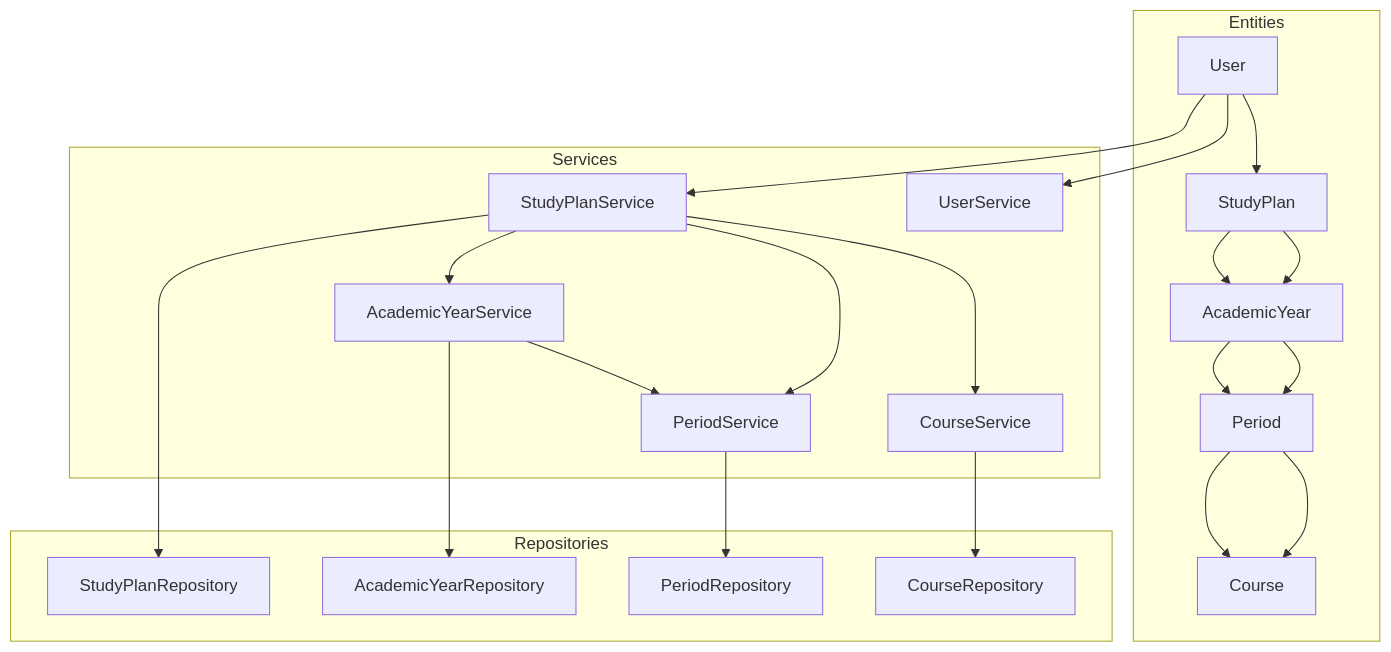
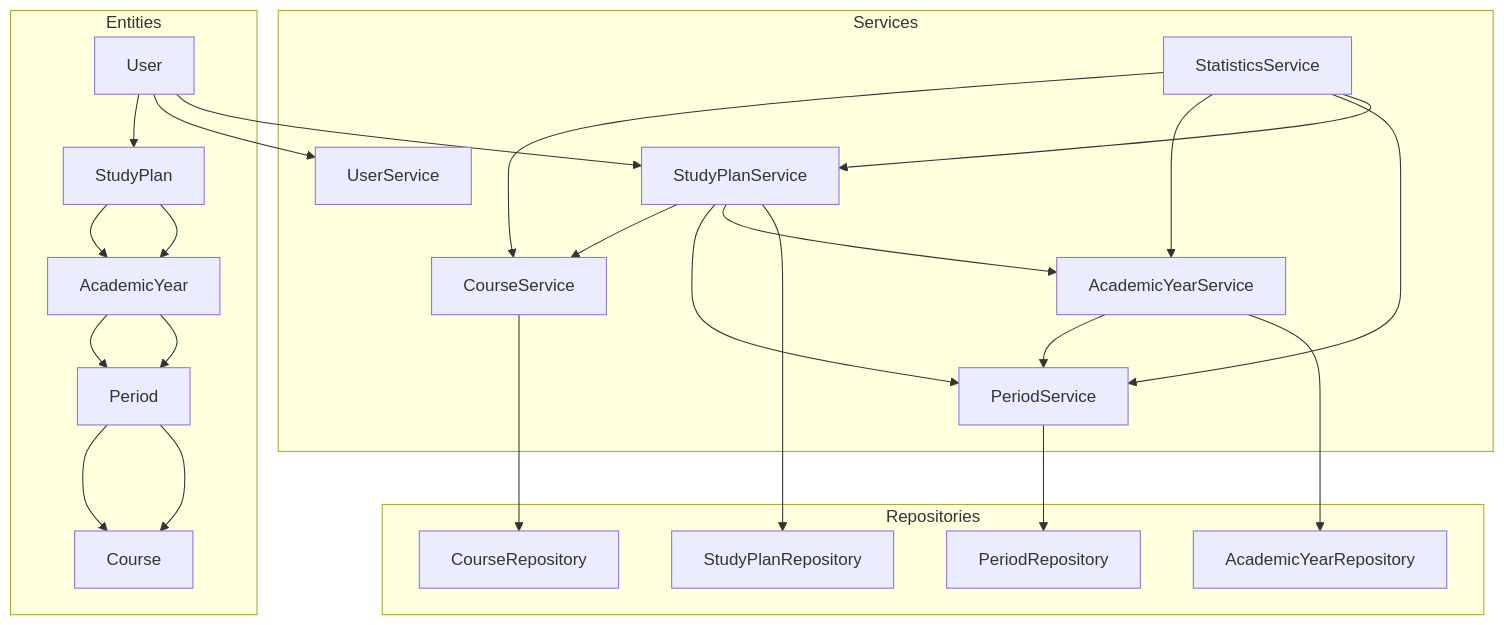
The second of 4 diagrams in harjoitustyo/dokumentaatio/arkkitehtuuri.md (jasminlei/ohjelmistotekniikka), drawn with Mermaid before and after one commit. The commit also changed other lines of this file, not shown here.

````diff
--- a/harjoitustyo/dokumentaatio/arkkitehtuuri.md
+++ b/harjoitustyo/dokumentaatio/arkkitehtuuri.md
@@ -3,53 +71,55 @@
 ```mermaid
 graph TD
     %% Entities Package
     subgraph Entities [Entities]
         User
         Course
         Period
         AcademicYear
         StudyPlan
     end
 
     %% Services Package
     subgraph Services [Services]
         UserService
         CourseService
         PeriodService
         StudyPlanService
         AcademicYearService
-            end
+        StatisticsService
+    end
 
     %% Repositories Package
     subgraph Repositories [Repositories]
         CourseRepository
         PeriodRepository
         StudyPlanRepository
         AcademicYearRepository
     end
 
     %% Relationships
     StudyPlanService --> StudyPlanRepository
     StudyPlanService --> AcademicYearService
     StudyPlanService --> PeriodService
     StudyPlanService --> CourseService
     CourseService --> CourseRepository
     PeriodService --> PeriodRepository
     AcademicYearService --> AcademicYearRepository
     AcademicYearService --> PeriodService
+    StatisticsService --> StudyPlanService
+    StatisticsService --> PeriodService
+    StatisticsService --> AcademicYearService
+    StatisticsService --> CourseService
 
     StudyPlan --> AcademicYear
     AcademicYear --> Period
     Period --> Course
     User --> StudyPlanService
     User --> UserService
 
-
     %% Suhdeluvut tekstinä nuolen viereen
     StudyPlan --> AcademicYear
     AcademicYear --> Period
     Period --> Course
     User --> StudyPlan
-
-
 ```
````
